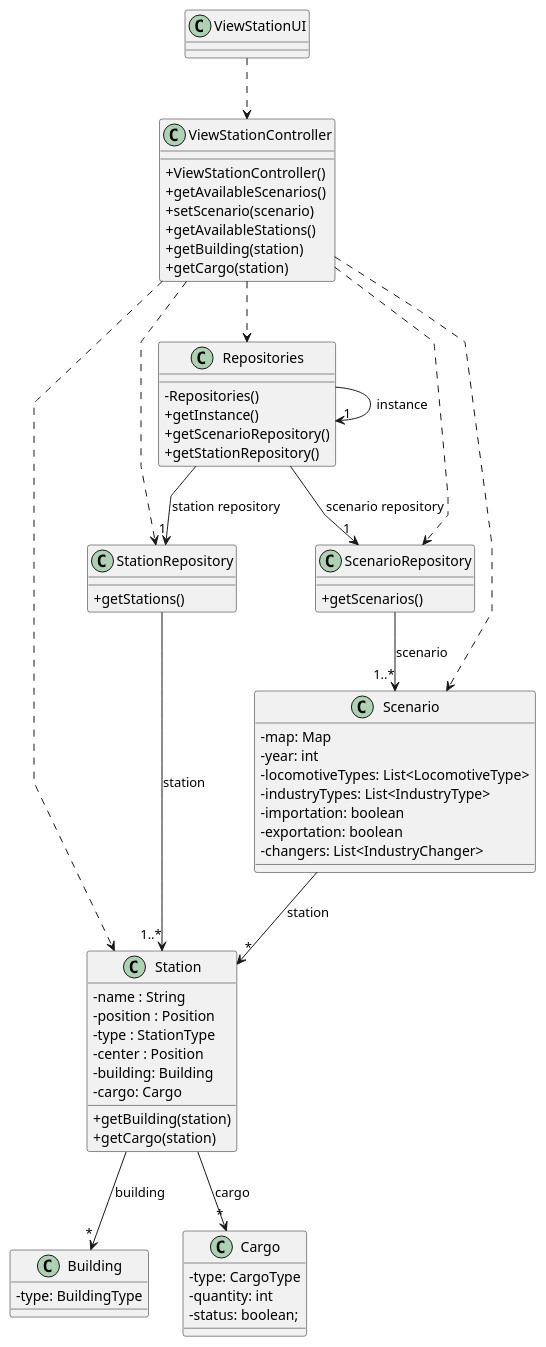
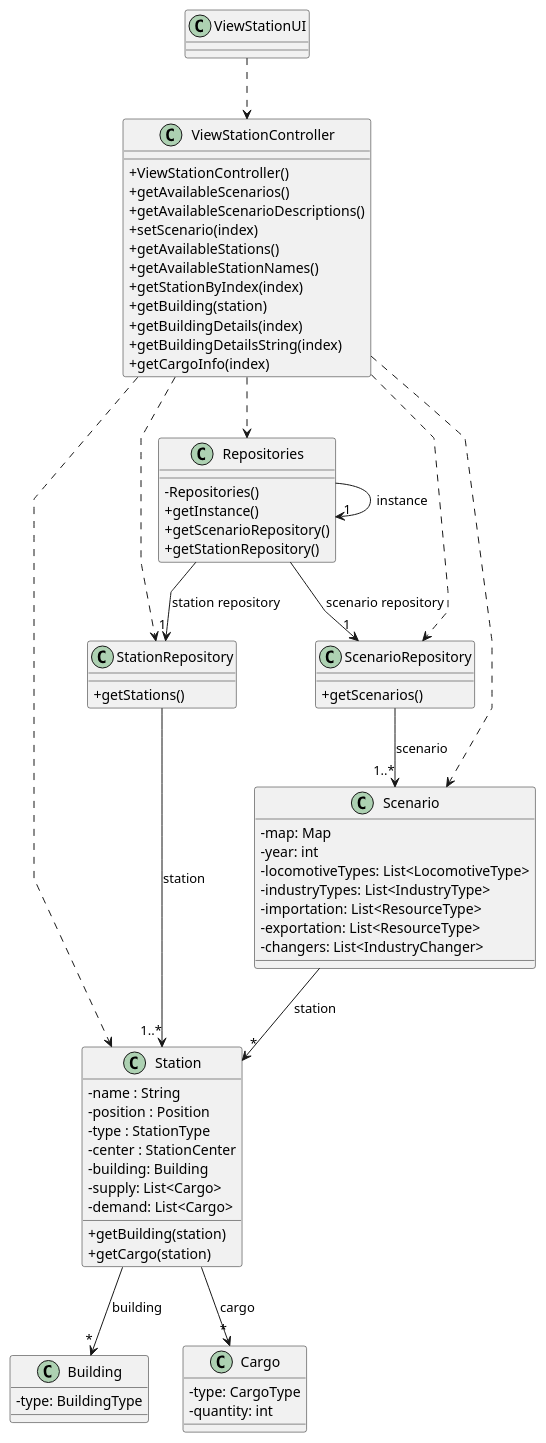
The diagram in Sprint2/US007/03.design/puml/US007-CD.puml (1240935/pi2-railway-simulator), drawn with PlantUML before and after one commit. The commit also changed 1 other file, not shown here.

```diff
--- a/Sprint2/US007/03.design/puml/US007-CD.puml
+++ b/Sprint2/US007/03.design/puml/US007-CD.puml
@@ -1,91 +1,96 @@
 @startuml
 'skinparam monochrome true
 skinparam packageStyle rectangle
 skinparam shadowing false
 skinparam linetype polyline
 'skinparam linetype orto
 
 skinparam classAttributeIconSize 0
 
 'left to right direction
 
 
 class ViewStationUI {
 }
 
 class ViewStationController {
   +ViewStationController()
   +getAvailableScenarios()
-  +setScenario(scenario)
+  +getAvailableScenarioDescriptions()
+  +setScenario(index)
   +getAvailableStations()
+  +getAvailableStationNames()
+  +getStationByIndex(index)
   +getBuilding(station)
-  +getCargo(station)
+  +getBuildingDetails(index)
+  +getBuildingDetailsString(index)
+  +getCargoInfo(index)
 }
 
 class Repositories {
   -Repositories()
   +getInstance()
   +getScenarioRepository()
   +getStationRepository()
 }
 
 class ScenarioRepository {
   +getScenarios()
 }
 
 class StationRepository {
   +getStations()
 }
 
 class Scenario {
     -map: Map
     -year: int
     -locomotiveTypes: List<LocomotiveType>
     -industryTypes: List<IndustryType>
-    -importation: boolean
-    -exportation: boolean
+    -importation: List<ResourceType>
+    -exportation: List<ResourceType>
     -changers: List<IndustryChanger>
 }
 
 
 class Station{
     -name : String
     -position : Position
     -type : StationType
-    -center : Position
+    -center : StationCenter
     -building: Building
-    -cargo: Cargo
+    -supply: List<Cargo>
+    -demand: List<Cargo>
     +getBuilding(station)
     +getCargo(station)
 }
 
 class Building {
     -type: BuildingType
 }
 
 class Cargo {
   -type: CargoType
   -quantity: int
-  -status: boolean;
 }
 
 
 ViewStationUI ..> ViewStationController
 ViewStationController ..> Repositories
 ViewStationController ..> ScenarioRepository
 ViewStationController ..> StationRepository
 ViewStationController ..> Scenario
 ViewStationController ..> Station
 
 Repositories -> "1" Repositories : instance
 Repositories --> "1" ScenarioRepository : scenario repository
 Repositories --> "1" StationRepository : station repository
 ScenarioRepository --> "1..*" Scenario : scenario
 StationRepository --> "1..*" Station : station
 Scenario --> "*" Station : station
 
 Station --> "*" Building : building
 Station --> "*" Cargo : cargo
 
 
 @enduml
```
